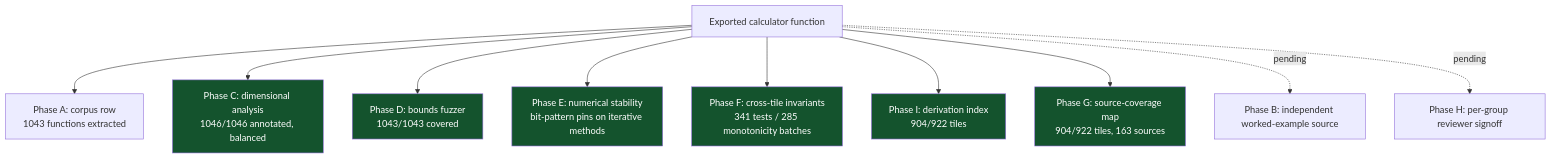
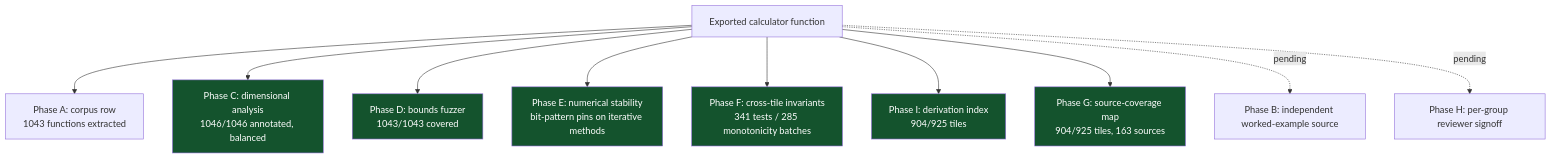
One commit to clay-good/roughlogic.com changed the sixth of 8 diagrams in README.md. Above: the diagram before and after it, drawn with Mermaid. The commit also changed other lines of this file and 18 other files, not shown here.

````diff
--- a/README.md
+++ b/README.md
@@ -519,18 +519,18 @@
 ```mermaid
 flowchart TB
     F[Exported calculator function] --> A[Phase A: corpus row\n1043 functions extracted]
     F --> C[Phase C: dimensional analysis\n1046/1046 annotated, balanced]
     F --> D[Phase D: bounds fuzzer\n1043/1043 covered]
     F --> E[Phase E: numerical stability\nbit-pattern pins on iterative methods]
     F --> Fa[Phase F: cross-tile invariants\n341 tests / 285 monotonicity batches]
-    F --> I[Phase I: derivation index\n904/922 tiles]
-    F --> G[Phase G: source-coverage map\n904/922 tiles, 163 sources]
+    F --> I[Phase I: derivation index\n904/925 tiles]
+    F --> G[Phase G: source-coverage map\n904/925 tiles, 163 sources]
     F -.pending.-> B[Phase B: independent worked-example source]
     F -.pending.-> H[Phase H: per-group reviewer signoff]
     style C fill:#14532d,color:#fff
     style D fill:#14532d,color:#fff
     style E fill:#14532d,color:#fff
     style Fa fill:#14532d,color:#fff
     style G fill:#14532d,color:#fff
     style I fill:#14532d,color:#fff
 ```
````
